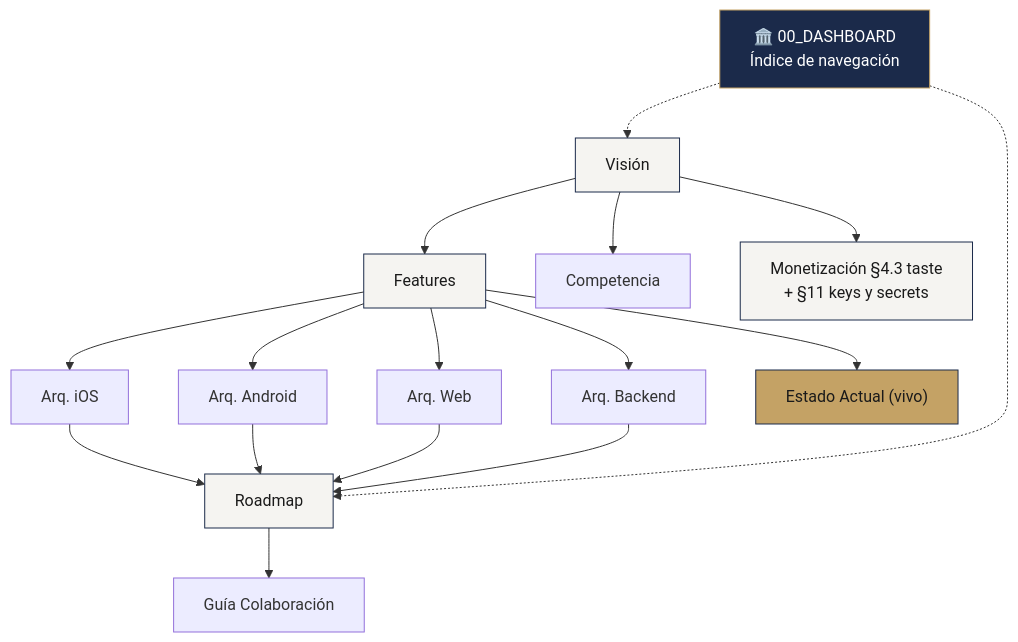
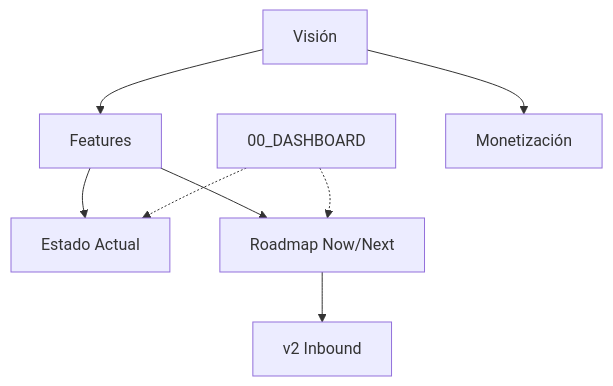
The diagram in docs/PRD/PRD MOC.md (tiagofur/solennix), drawn with Mermaid before and after one commit. The commit also changed other lines of this file and 41 other files, not shown here.

````diff
--- a/docs/PRD/PRD MOC.md
+++ b/docs/PRD/PRD MOC.md
@@ -63,27 +75,11 @@
 ```mermaid
 graph TB
-    D["🏛️ 00_DASHBOARD<br/>Índice de navegación"]
+    D["00_DASHBOARD"]
     V[Visión] --> F[Features]
-    V --> C[Competencia]
-    V --> M[Monetización §4.3 taste<br/>+ §11 keys y secrets]
-    F --> iOS[Arq. iOS]
-    F --> And[Arq. Android]
-    F --> Web[Arq. Web]
-    F --> Back[Arq. Backend]
-    F --> S["Estado Actual (vivo)"]
-    iOS --> R[Roadmap]
-    And --> R
-    Web --> R
-    Back --> R
-    R --> G[Guía Colaboración]
-
-    D -.-> V
+    V --> M[Monetización]
+    F --> S[Estado Actual]
+    F --> R[Roadmap Now/Next]
+    R --> V2[v2 Inbound]
+    D -.-> S
     D -.-> R
-
-    style D fill:#1B2A4A,stroke:#C4A265,color:#fff
-    style S fill:#C4A265,stroke:#1B2A4A,color:#1A1A1A
-    style V fill:#F5F4F1,stroke:#1B2A4A,color:#1A1A1A
-    style F fill:#F5F4F1,stroke:#1B2A4A,color:#1A1A1A
-    style M fill:#F5F4F1,stroke:#1B2A4A,color:#1A1A1A
-    style R fill:#F5F4F1,stroke:#1B2A4A,color:#1A1A1A
 ```
````
